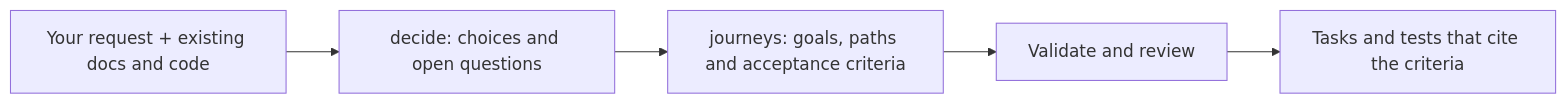
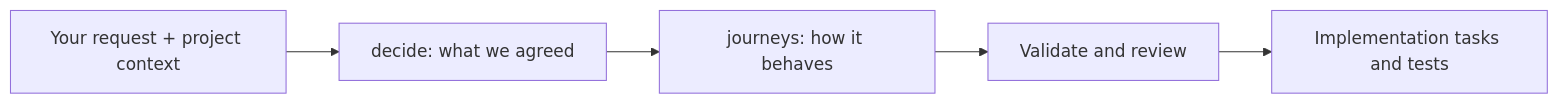
One commit to hivinaynair/agentic-skills changed the diagram in README.md. Above: the diagram before and after it, drawn with Mermaid. The commit also changed other lines of this file, not shown here.

````diff
--- a/README.md
+++ b/README.md
@@ -47,7 +16,7 @@
 ```mermaid
 flowchart LR
-    A[Your request + existing docs and code] --> B[decide: choices and open questions]
-    B --> C[journeys: goals, paths and acceptance criteria]
+    A[Your request + project context] --> B[decide: what we agreed]
+    B --> C[journeys: how it behaves]
     C --> D[Validate and review]
-    D --> E[Tasks and tests that cite the criteria]
+    D --> E[Implementation tasks and tests]
 ```
````
